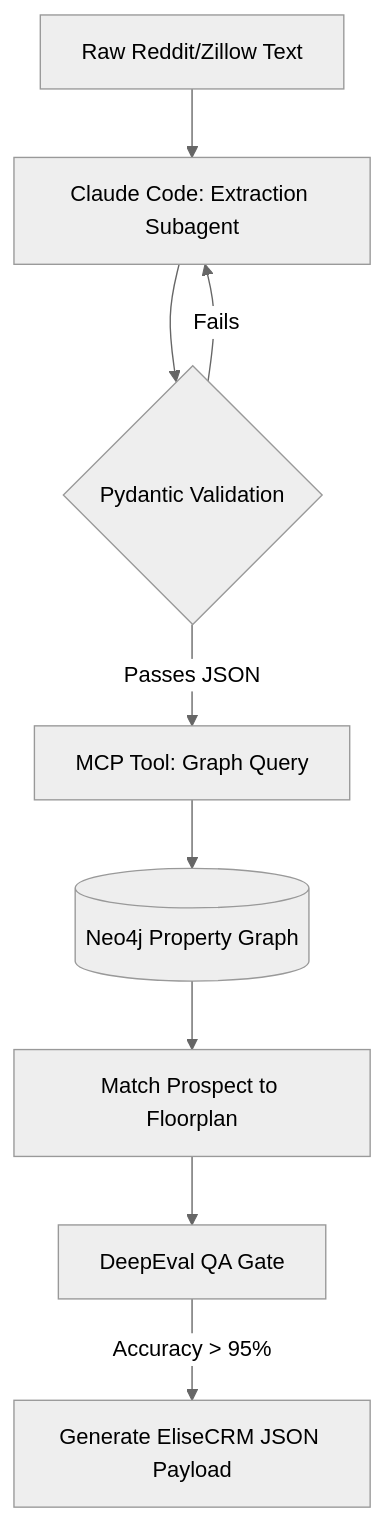
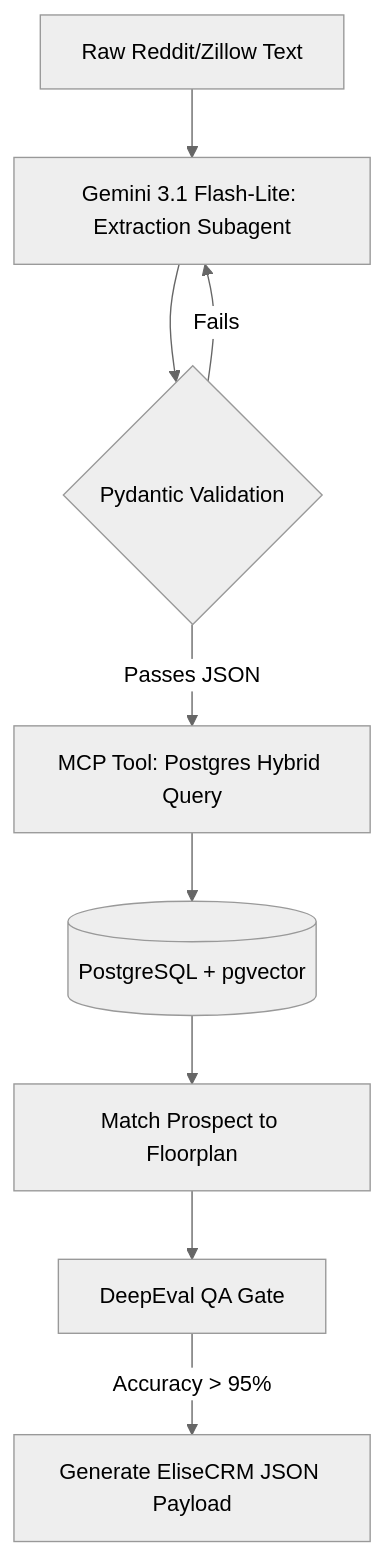
Before and after one commit to kaushalbalagurusamy/housing-agent-demo: the diagram in docs/phase_1_prospect_intent.md, drawn with Mermaid (neutral theme). The commit also changed other lines of this file and 4 other files, not shown here.

Commit message:
docs: pivot to PostgreSQL architecture and Gemini 3.1 Flash-Lite agents

````diff
--- a/docs/phase_1_prospect_intent.md
+++ b/docs/phase_1_prospect_intent.md
@@ -30,11 +30,11 @@
 ```mermaid
 graph TD
-    A[Raw Reddit/Zillow Text] --> B[Claude Code: Extraction Subagent]
+    A[Raw Reddit/Zillow Text] --> B[Gemini 3.1 Flash-Lite: Extraction Subagent]
     B --> C{Pydantic Validation}
     C -->|Fails| B
-    C -->|Passes JSON| D[MCP Tool: Graph Query]
-    D --> E[(Neo4j Property Graph)]
+    C -->|Passes JSON| D[MCP Tool: Postgres Hybrid Query]
+    D --> E[(PostgreSQL + pgvector)]
     E --> F[Match Prospect to Floorplan]
     F --> G[DeepEval QA Gate]
     G -->|Accuracy > 95%| H[Generate EliseCRM JSON Payload]
 ```
````
